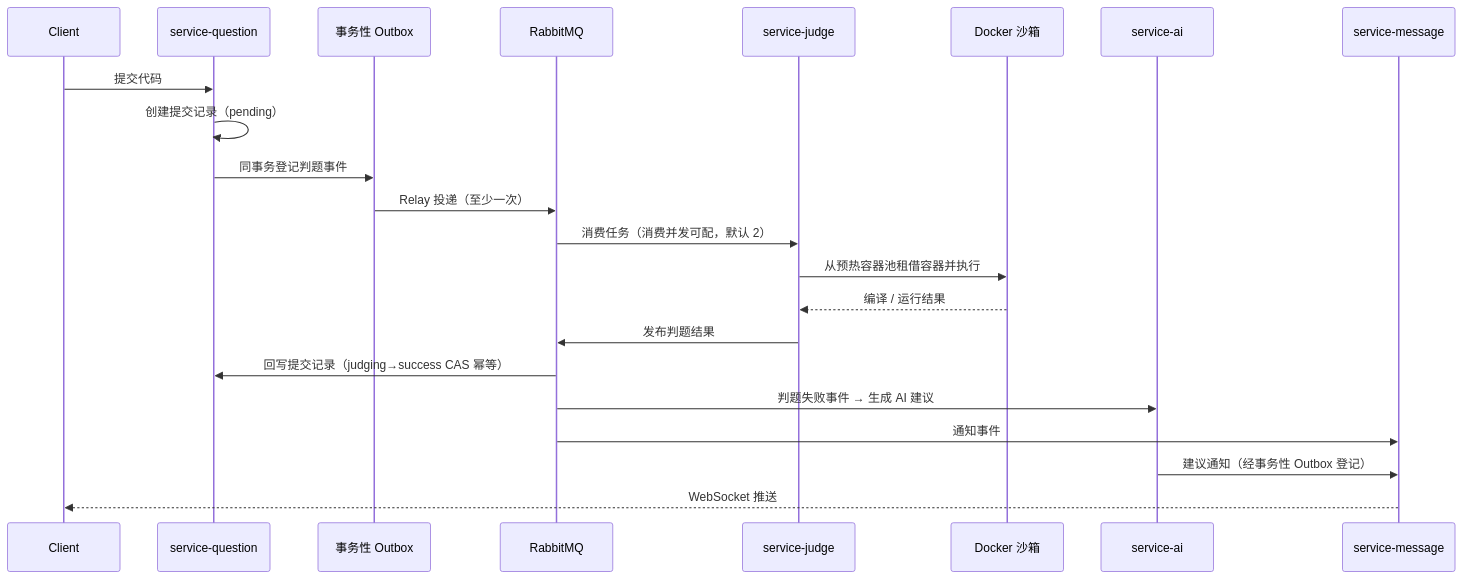
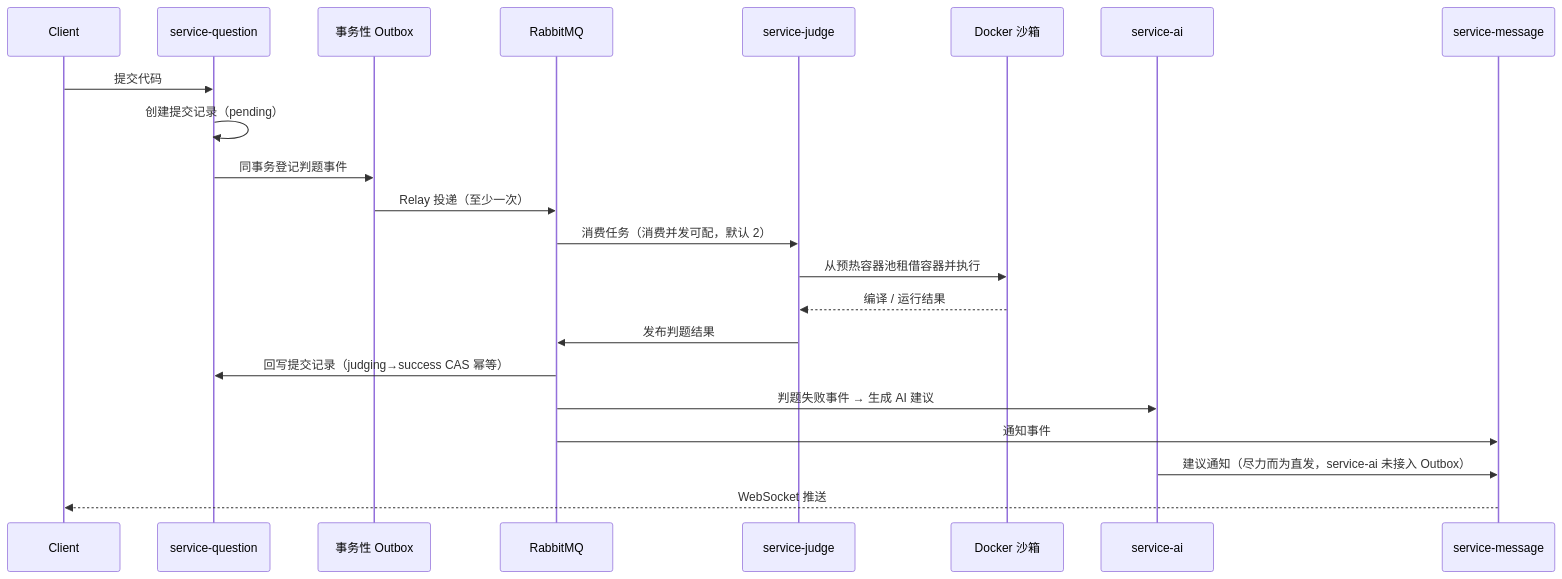
Before and after one commit to BIGLV666/CodeWise: the diagram in docs/technical-design.md, drawn with Mermaid. The commit also changed other lines of this file and 25 other files, not shown here.

````diff
--- a/docs/technical-design.md
+++ b/docs/technical-design.md
@@ -37,25 +44,25 @@
 ```mermaid
 sequenceDiagram
     participant C as Client
     participant Q as service-question
     participant O as 事务性 Outbox
     participant M as RabbitMQ
     participant J as service-judge
     participant D as Docker 沙箱
     participant A as service-ai
     participant N as service-message
 
     C->>Q: 提交代码
     Q->>Q: 创建提交记录（pending）
     Q->>O: 同事务登记判题事件
     O->>M: Relay 投递（至少一次）
     M->>J: 消费任务（消费并发可配，默认 2）
     J->>D: 从预热容器池租借容器并执行
     D-->>J: 编译 / 运行结果
     J->>M: 发布判题结果
     M->>Q: 回写提交记录（judging→success CAS 幂等）
     M->>A: 判题失败事件 → 生成 AI 建议
     M->>N: 通知事件
-    A->>N: 建议通知（经事务性 Outbox 登记）
+    A->>N: 建议通知（尽力而为直发，service-ai 未接入 Outbox）
     N-->>C: WebSocket 推送
 ```
````
